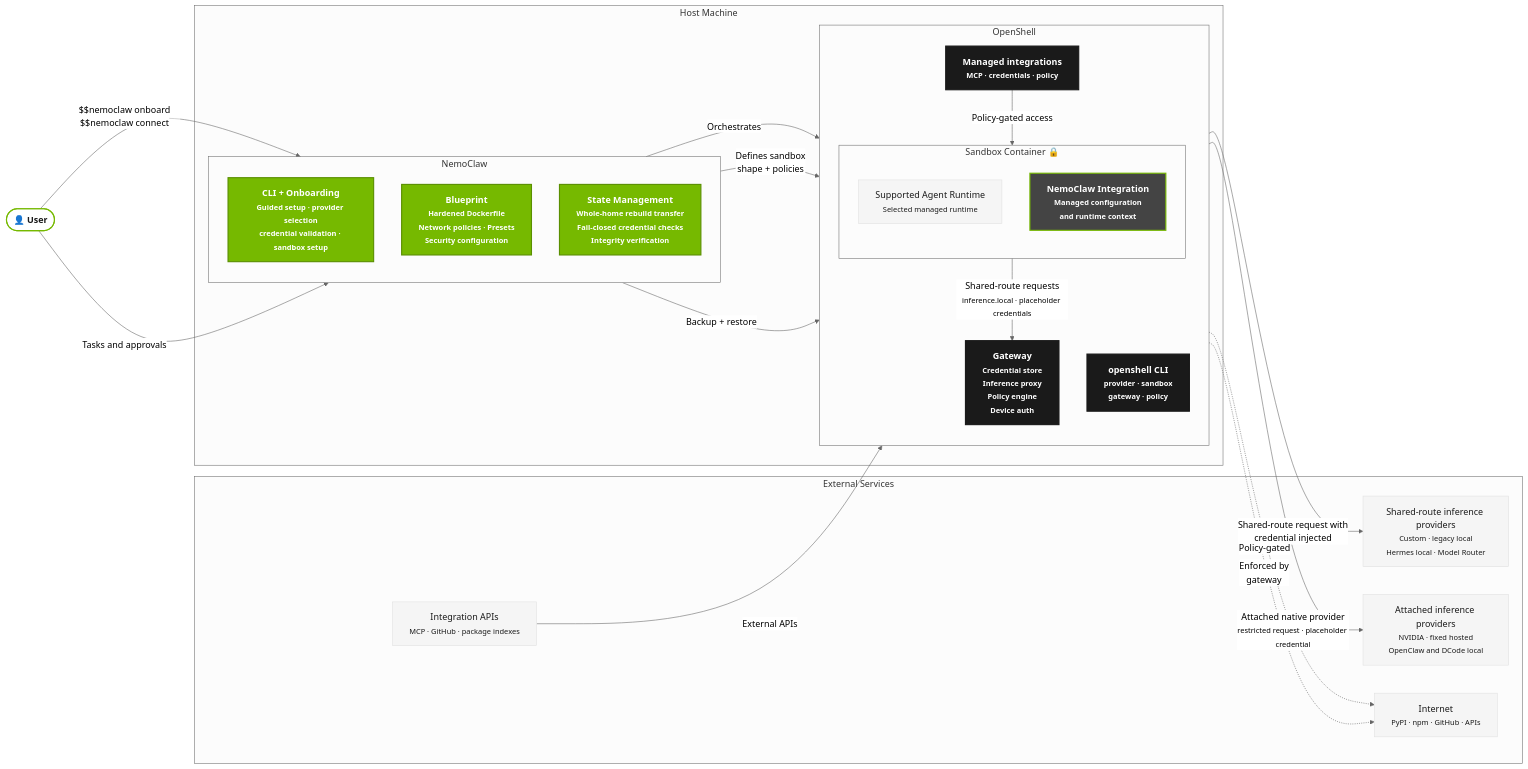
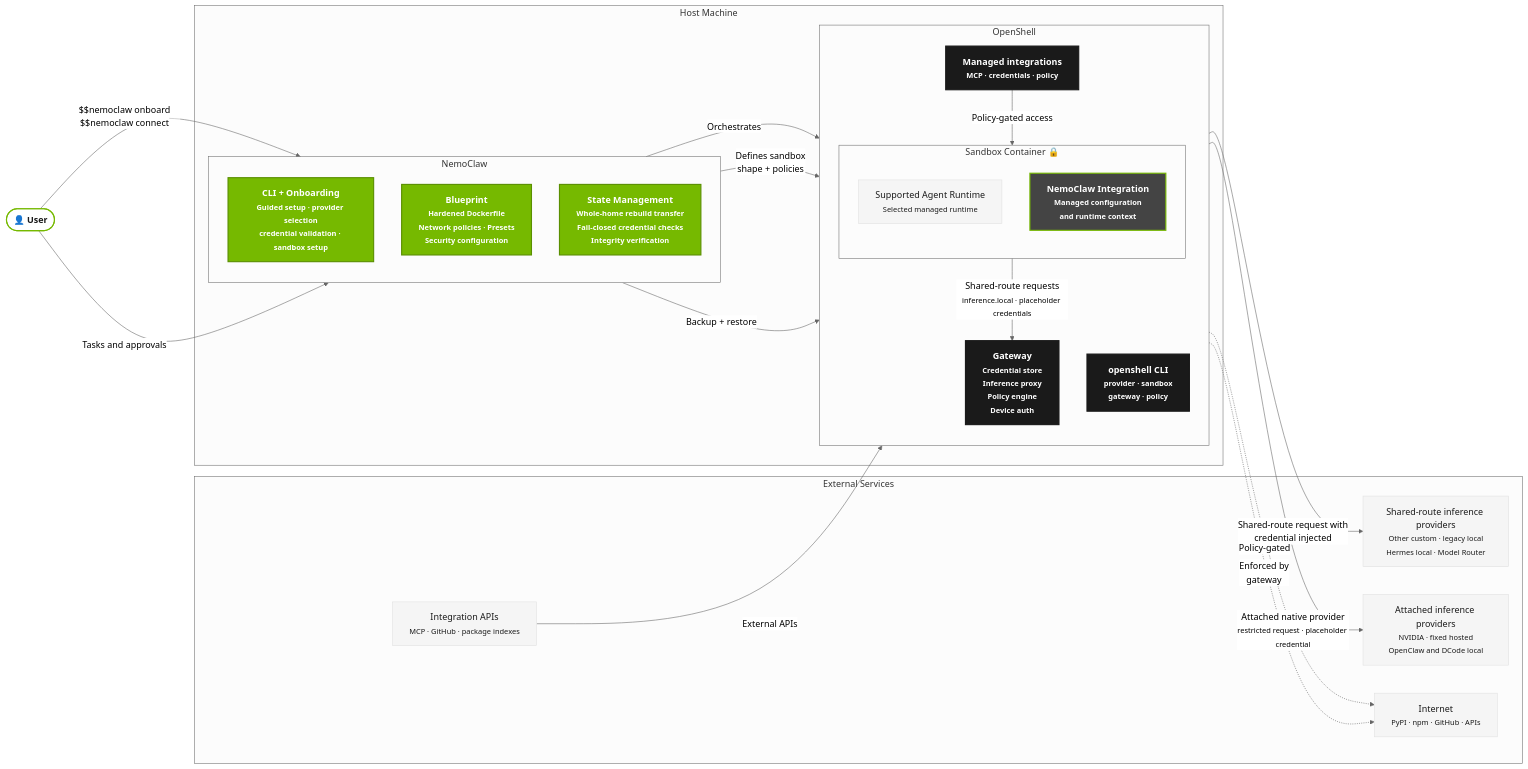
The first of 3 diagrams in docs/reference/architecture.mdx (Akhilvallala1/NemoClaw), drawn with Mermaid (neutral theme) before and after one commit. The commit also changed other lines of this file and 16 other files, not shown here.

Commit message:
docs(inference): clarify qualified local endpoint routing

````diff
--- a/docs/reference/architecture.mdx
+++ b/docs/reference/architecture.mdx
@@ -20,58 +20,58 @@
 ```mermaid
 graph LR
     classDef nemoclaw fill:#76b900,stroke:#5a8f00,color:#fff,stroke-width:2px,font-weight:bold
     classDef openshell fill:#1a1a1a,stroke:#1a1a1a,color:#fff,stroke-width:2px,font-weight:bold
     classDef sandbox fill:#444,stroke:#76b900,color:#fff,stroke-width:2px,font-weight:bold
     classDef agent fill:#f5f5f5,stroke:#e0e0e0,color:#1a1a1a,stroke-width:1px
     classDef external fill:#f5f5f5,stroke:#e0e0e0,color:#1a1a1a,stroke-width:1px
     classDef user fill:#fff,stroke:#76b900,color:#1a1a1a,stroke-width:2px,font-weight:bold
 
     USER(["👤 User"]):::user
 
     subgraph EXTERNAL["External Services"]
-        SHARED_INFERENCE["Shared-route inference providers<br/><small>Custom · legacy local<br/>Hermes local · Model Router</small>"]:::external
+        SHARED_INFERENCE["Shared-route inference providers<br/><small>Other custom · legacy local<br/>Hermes local · Model Router</small>"]:::external
         NVIDIA_INFERENCE["Attached inference providers<br/><small>NVIDIA · fixed hosted<br/>OpenClaw and DCode local</small>"]:::external
         INTEGRATIONS["Integration APIs<br/><small>MCP · GitHub · package indexes</small>"]:::external
         INTERNET["Internet<br/><small>PyPI · npm · GitHub · APIs</small>"]:::external
     end
 
     subgraph HOST["Host Machine"]
 
         subgraph NEMOCLAW["NemoClaw"]
             direction TB
             NCLI["CLI + Onboarding<br/><small>Guided setup · provider selection<br/>credential validation · sandbox setup</small>"]:::nemoclaw
             BP["Blueprint<br/><small>Hardened Dockerfile<br/>Network policies · Presets<br/>Security configuration</small>"]:::nemoclaw
             STATE["State Management<br/><small>Whole-home rebuild transfer<br/>Fail-closed credential checks<br/>Integrity verification</small>"]:::nemoclaw
         end
 
         subgraph OPENSHELL["OpenShell"]
             direction TB
             GW["Gateway<br/><small>Credential store<br/>Inference proxy<br/>Policy engine<br/>Device auth</small>"]:::openshell
             OSCLI["openshell CLI<br/><small>provider · sandbox<br/>gateway · policy</small>"]:::openshell
             INTEG["Managed integrations<br/><small>MCP · credentials · policy</small>"]:::openshell
 
             subgraph SANDBOX["Sandbox Container 🔒"]
                 direction TB
                 AGENT["Supported Agent Runtime<br/><small>Selected managed runtime</small>"]:::agent
                 PLUG["NemoClaw Integration<br/><small>Managed configuration<br/>and runtime context</small>"]:::sandbox
             end
         end
     end
 
     USER -->|"$$nemoclaw onboard<br/>$$nemoclaw connect"| NCLI
     USER -->|"Tasks and approvals"| NCLI
 
     NCLI -->|"Orchestrates"| OSCLI
     BP -->|"Defines sandbox<br/>shape + policies"| SANDBOX
     STATE -->|"Backup + restore"| SANDBOX
 
     AGENT -->|"Shared-route requests<br/><small>inference.local · placeholder credentials</small>"| GW
     GW -->|"Shared-route request with<br/>credential injected"| SHARED_INFERENCE
     AGENT -->|"Attached native provider<br/><small>restricted request · placeholder credential</small>"| NVIDIA_INFERENCE
 
     INTEGRATIONS -->|"External APIs"| INTEG
     INTEG -->|"Policy-gated access"| AGENT
 
     AGENT -.->|"Policy-gated"| INTERNET
     GW -.->|"Enforced by<br/>gateway"| INTERNET
 ```
````
